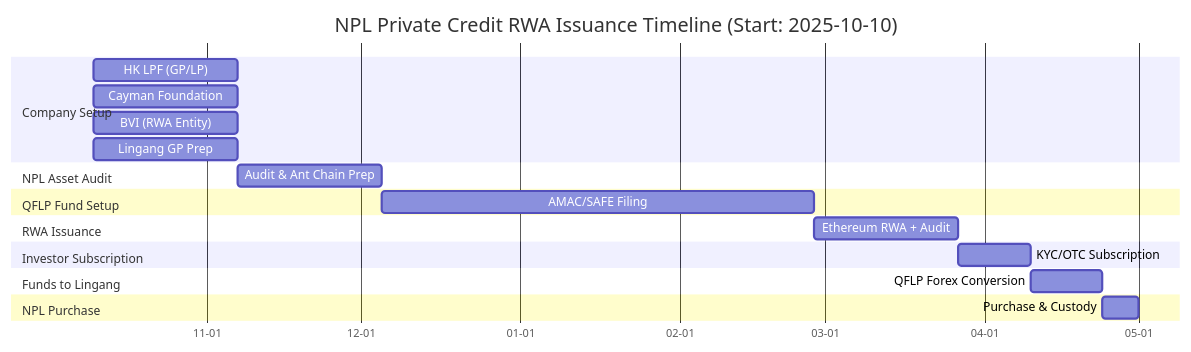
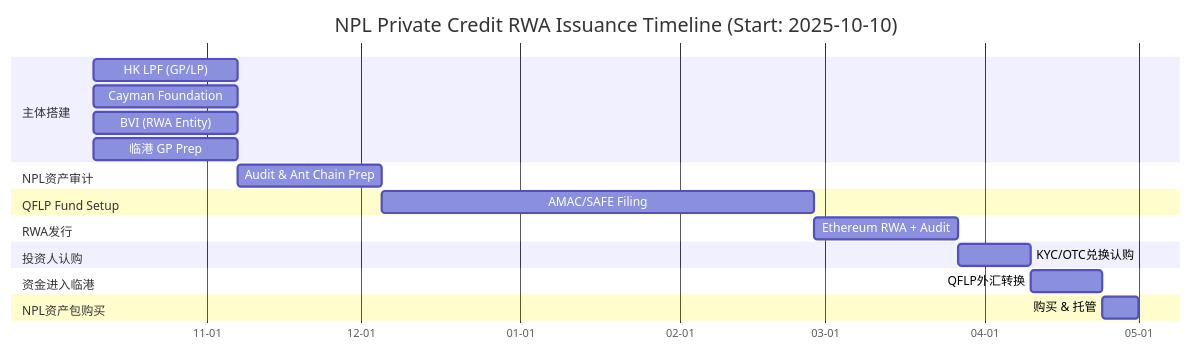
The diagram in rwa-gantt.md (fullon-labs/research), drawn with Mermaid before and after one commit.

````diff
--- a/rwa-gantt.md
+++ b/rwa-gantt.md
@@ -1,23 +1,23 @@
 ```mermaid
 gantt
     title NPL Private Credit RWA Issuance Timeline (Start: 2025-10-10)
     dateFormat  YYYY-MM-DD
     axisFormat  %m-%d
-    section Company Setup
+    section 主体搭建
     HK LPF (GP/LP)           :a1, 2025-10-10, 4w
     Cayman Foundation        :a2, 2025-10-10, 4w
     BVI (RWA Entity)         :a3, 2025-10-10, 4w
-    Lingang GP Prep          :a4, 2025-10-10, 4w
-    section NPL Asset Audit
+    临港 GP Prep          :a4, 2025-10-10, 4w
+    section NPL资产审计
     Audit & Ant Chain Prep   :a5, after a1, 4w
     section QFLP Fund Setup
     AMAC/SAFE Filing         :a6, after a1 a4 a5, 12w
-    section RWA Issuance
+    section RWA发行
     Ethereum RWA + Audit     :a7, after a6, 4w
-    section Investor Subscription
-    KYC/OTC Subscription     :a8, after a7, 2w
-    section Funds to Lingang
-    QFLP Forex Conversion    :a9, after a8, 2w
-    section NPL Purchase
-    Purchase & Custody       :a10, after a9, 1w
+    section 投资人认购
+    KYC/OTC兑换认购          :a8, after a7, 2w
+    section 资金进入临港
+    QFLP外汇转换    :a9, after a8, 2w
+    section NPL资产包购买
+    购买 & 托管               :a10, after a9, 1w
 ```
````
